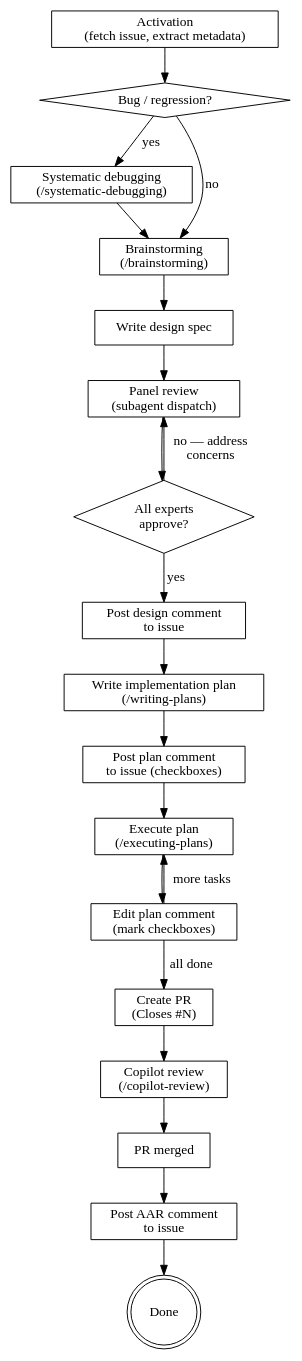
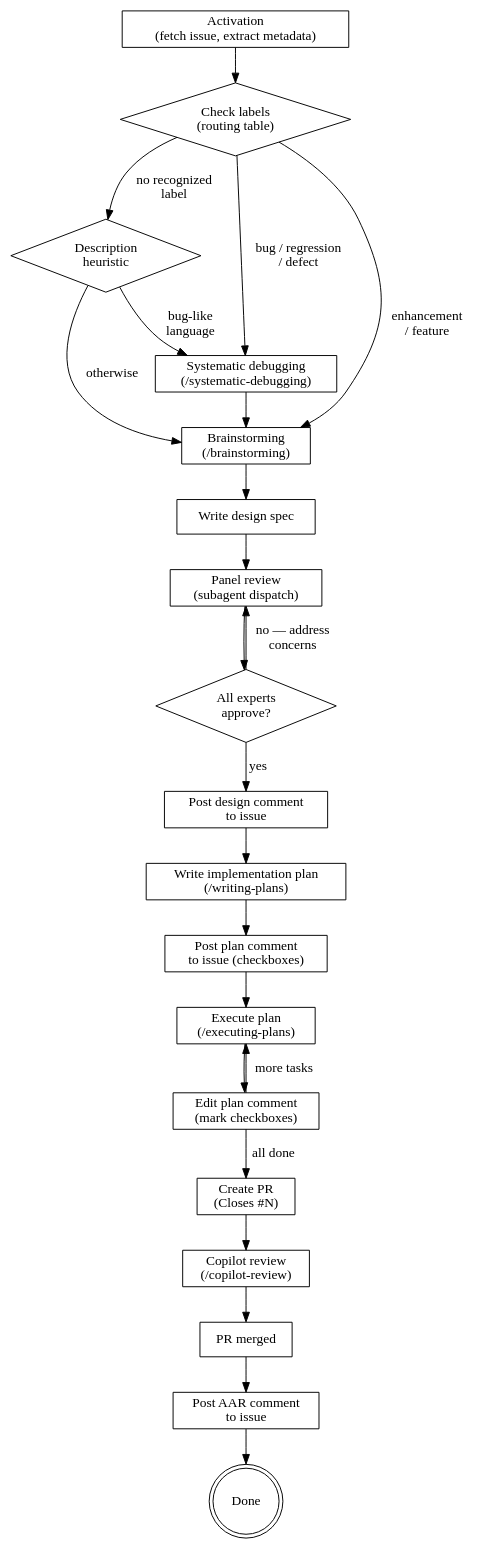
Before and after one commit to perezd/codetainer: the diagram in skills/issue-driven-workflow/SKILL.md, drawn with Graphviz. The commit also changed other lines of this file, not shown here.

Commit message:
feat(skills): add label-based routing to issue-driven-workflow skill

````diff
--- a/skills/issue-driven-workflow/SKILL.md
+++ b/skills/issue-driven-workflow/SKILL.md
@@ -24,43 +24,47 @@
 ```dot
 digraph issue_driven {
     rankdir=TB;
 
     activate [label="Activation\n(fetch issue, extract metadata)" shape=box];
-    bug_check [label="Bug / regression?" shape=diamond];
+    route_check [label="Check labels\n(routing table)" shape=diamond];
+    desc_fallback [label="Description\nheuristic" shape=diamond];
     debug [label="Systematic debugging\n(/systematic-debugging)" shape=box];
     brainstorm [label="Brainstorming\n(/brainstorming)" shape=box];
     design [label="Write design spec" shape=box];
     panel [label="Panel review\n(subagent dispatch)" shape=box];
     panel_ok [label="All experts\napprove?" shape=diamond];
     post_design [label="Post design comment\nto issue" shape=box];
     plan [label="Write implementation plan\n(/writing-plans)" shape=box];
     post_plan [label="Post plan comment\nto issue (checkboxes)" shape=box];
     execute [label="Execute plan\n(/executing-plans)" shape=box];
     update_checks [label="Edit plan comment\n(mark checkboxes)" shape=box];
     pr [label="Create PR\n(Closes #N)" shape=box];
     copilot [label="Copilot review\n(/copilot-review)" shape=box];
     merge [label="PR merged" shape=box];
     aar [label="Post AAR comment\nto issue" shape=box];
     done [label="Done" shape=doublecircle];
 
-    activate -> bug_check;
-    bug_check -> debug [label="yes"];
-    bug_check -> brainstorm [label="no"];
+    activate -> route_check;
+    route_check -> debug [label="bug / regression\n/ defect"];
+    route_check -> brainstorm [label="enhancement\n/ feature"];
+    route_check -> desc_fallback [label="no recognized\nlabel"];
+    desc_fallback -> debug [label="bug-like\nlanguage"];
+    desc_fallback -> brainstorm [label="otherwise"];
     debug -> brainstorm;
     brainstorm -> design;
     design -> panel;
     panel -> panel_ok;
     panel_ok -> panel [label="no — address\nconcerns"];
     panel_ok -> post_design [label="yes"];
     post_design -> plan;
     plan -> post_plan;
     post_plan -> execute;
     execute -> update_checks;
     update_checks -> execute [label="more tasks"];
     update_checks -> pr [label="all done"];
     pr -> copilot;
     copilot -> merge;
     merge -> aar;
     aar -> done;
 }
 ```
````
